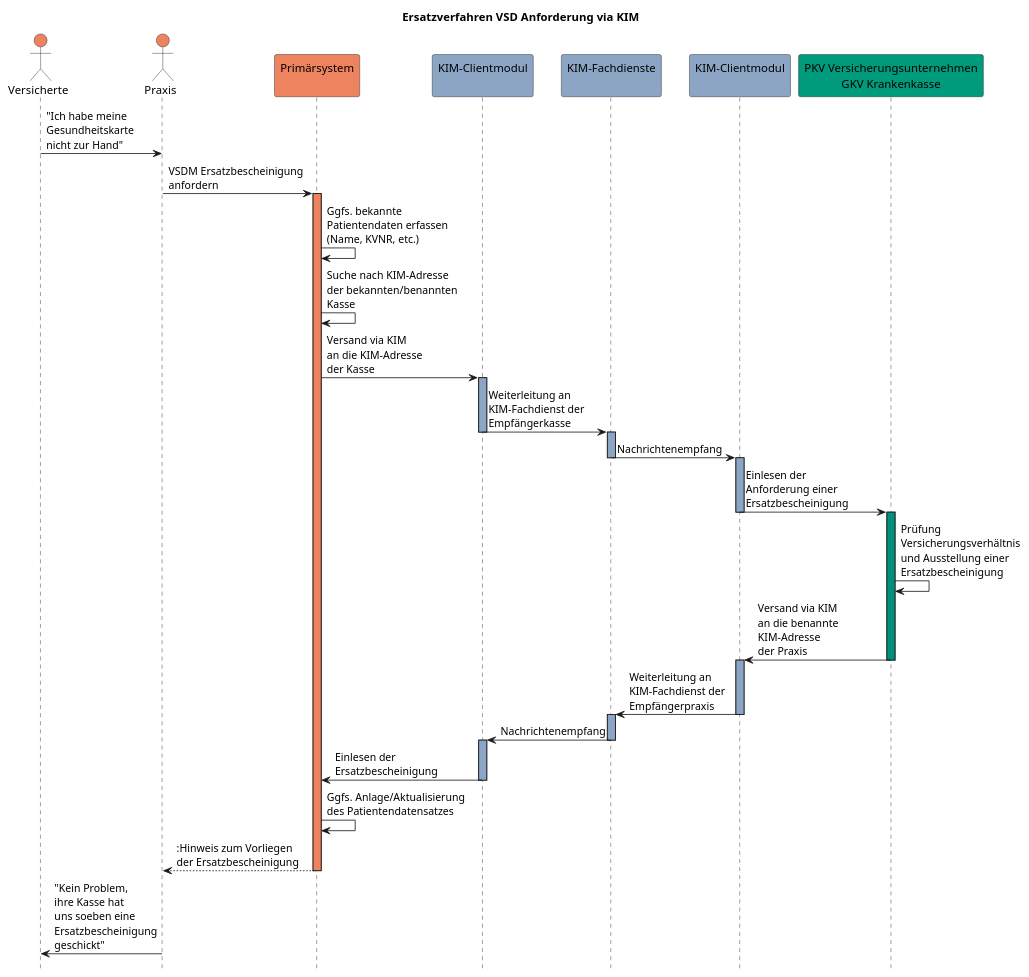
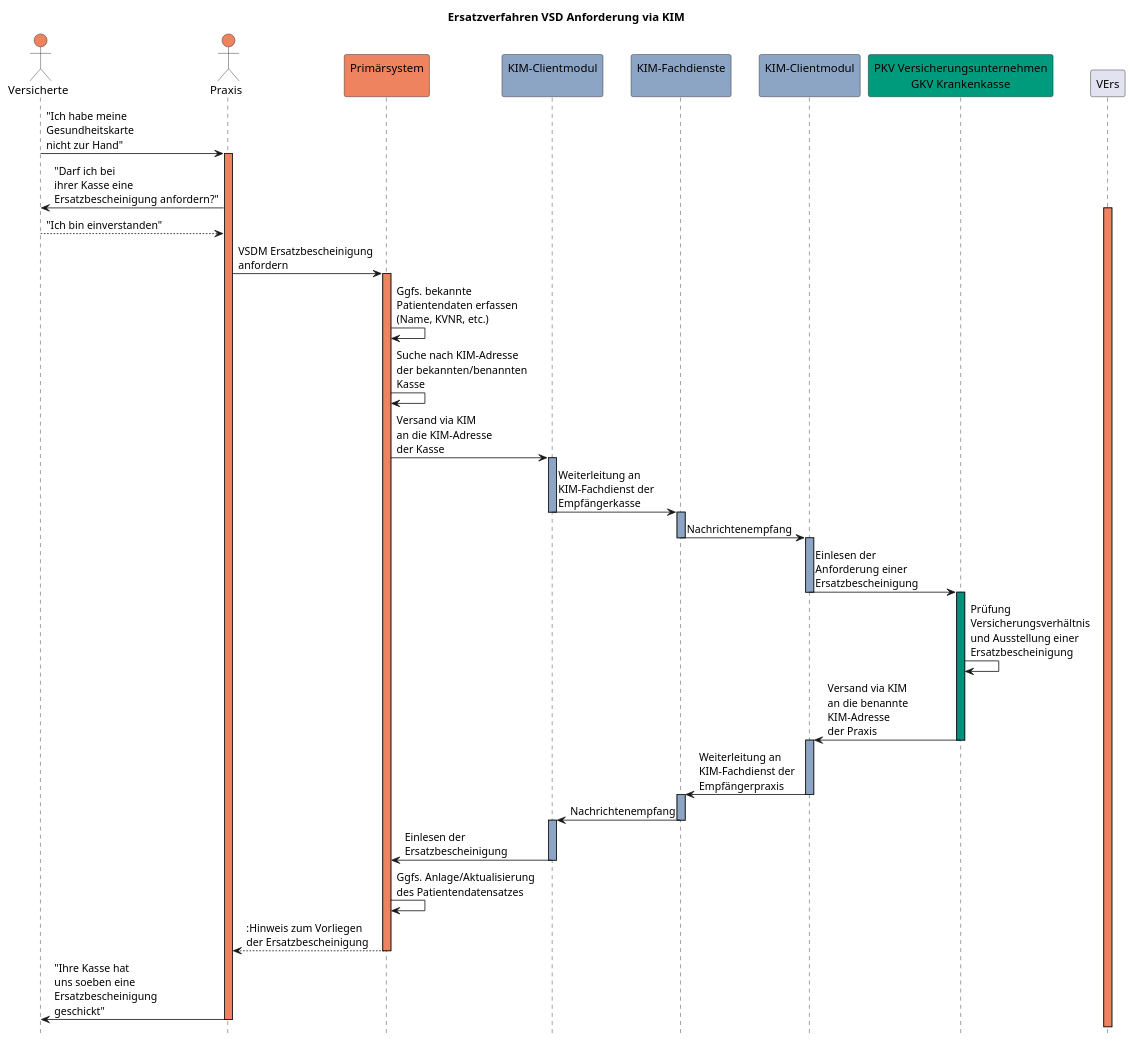
One commit to gematik/spec-VSDM-Ersatzbescheinigung changed the diagram in ImplementationGuide/images/gkv_ersatzverfahren.puml. Above: the diagram before and after it, drawn with PlantUML. The commit also changed 7 other files, not shown here.

```diff
--- a/ImplementationGuide/images/gkv_ersatzverfahren.puml
+++ b/ImplementationGuide/images/gkv_ersatzverfahren.puml
@@ -1,45 +1,50 @@
 @startuml gkv_ersatzverfahren
 hide footbox
 title Ersatzverfahren VSD Anforderung via KIM
 actor Vers as "Versicherte" #ee8360
 actor LE as "Praxis" #ee8360
 participant PVS as "Primärsystem\n" #ee8360
 participant KIMCM1 as "KIM-Clientmodul\n" #8da5c4
 participant KIMFD as "KIM-Fachdienste\n" #8da5c4
 participant KIMCM2 as "KIM-Clientmodul\n" #8da5c4
 participant Kasse as "PKV Versicherungsunternehmen\nGKV Krankenkasse" #009a7c
 
 Vers -> LE: "Ich habe meine\nGesundheitskarte\nnicht zur Hand"
+activate LE #ee8360
+LE -> Vers: "Darf ich bei \nihrer Kasse eine \nErsatzbescheinigung anfordern?"
+activate VErs #ee8360
+Vers --> LE: "Ich bin einverstanden"
+deactivate Vers
 LE -> PVS: VSDM Ersatzbescheinigung\nanfordern
 activate PVS #ee8360
 PVS -> PVS: Ggfs. bekannte\nPatientendaten erfassen\n(Name, KVNR, etc.)
 PVS -> PVS: Suche nach KIM-Adresse\nder bekannten/benannten\nKasse
 PVS -> KIMCM1: Versand via KIM\nan die KIM-Adresse\nder Kasse
 activate KIMCM1 #8da5c4
 KIMCM1 -> KIMFD: Weiterleitung an\nKIM-Fachdienst der\nEmpfängerkasse
 deactivate KIMCM1
 activate KIMFD #8da5c4
 KIMFD -> KIMCM2: Nachrichtenempfang
 deactivate KIMFD
 activate KIMCM2 #8da5c4
 KIMCM2 -> Kasse: Einlesen der\nAnforderung einer\nErsatzbescheinigung
 deactivate KIMCM2
 activate Kasse #00907c
 Kasse -> Kasse: Prüfung\nVersicherungsverhältnis\nund Ausstellung einer\nErsatzbescheinigung
 Kasse -> KIMCM2: Versand via KIM\nan die benannte\nKIM-Adresse\nder Praxis
 deactivate Kasse
 activate KIMCM2 #8da5c4
 KIMCM2 -> KIMFD: Weiterleitung an\nKIM-Fachdienst der\nEmpfängerpraxis
 deactivate KIMCM2
 activate KIMFD #8da5c4
 KIMFD -> KIMCM1: Nachrichtenempfang
 deactivate KIMFD
 activate KIMCM1 #8da5c4
 KIMCM1 -> PVS: Einlesen der\nErsatzbescheinigung
 deactivate KIMCM1
 PVS -> PVS: Ggfs. Anlage/Aktualisierung\ndes Patientendatensatzes
 PVS --> LE: :Hinweis zum Vorliegen\nder Ersatzbescheinigung
 deactivate PVS
-LE -> Vers: "Kein Problem,\nihre Kasse hat\nuns soeben eine\nErsatzbescheinigung\ngeschickt"
-
+LE -> Vers: "Ihre Kasse hat\nuns soeben eine\nErsatzbescheinigung\ngeschickt"
+deactivate LE
 @enduml
```
